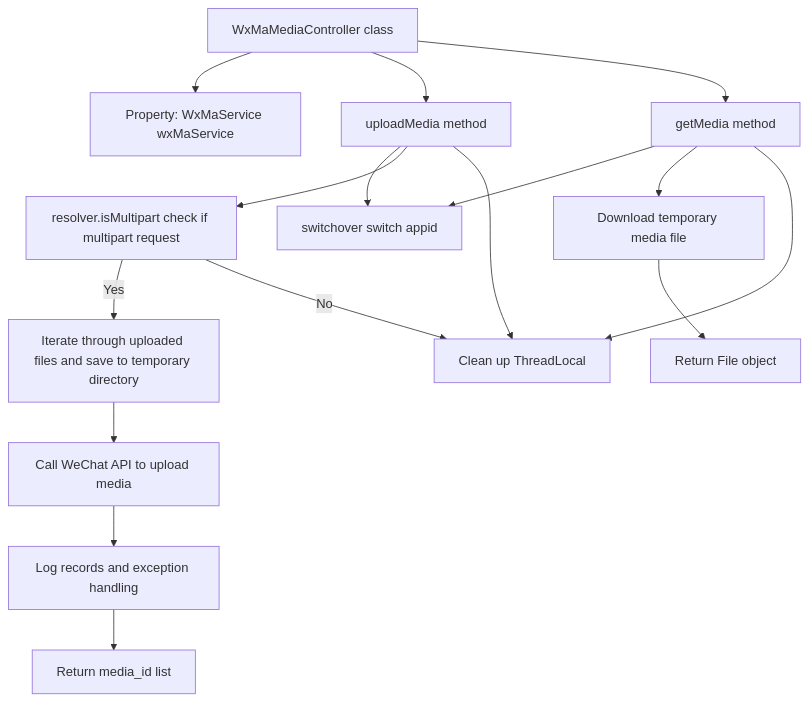
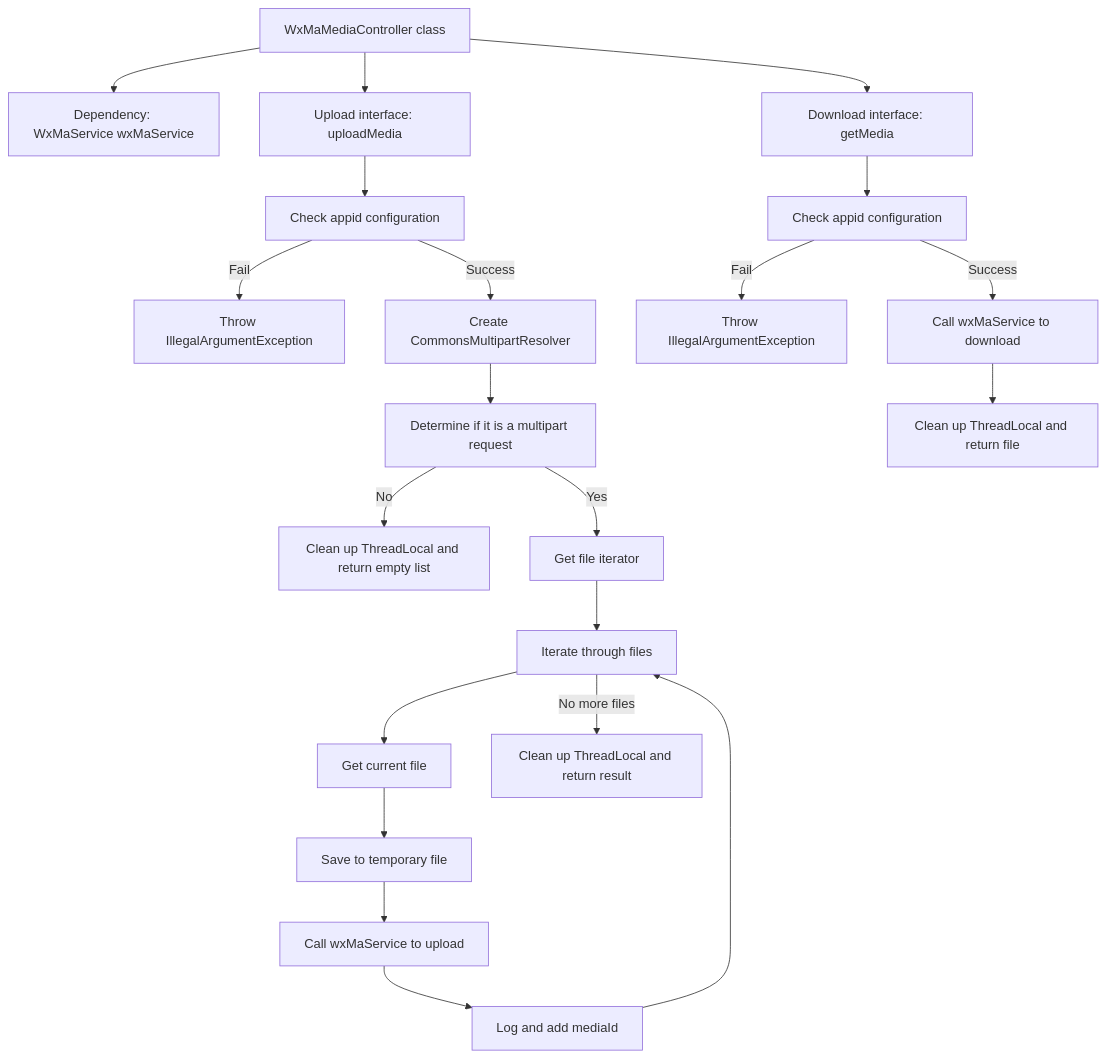
The second of 2 diagrams in docs/en/docs/src/main/java/com/github/binarywang/demo/wx/miniapp/controller/WxMaMediaController.md (v-wjrong/binary_weixin-java-miniapp-demo), drawn with Mermaid before and after one commit. The commit also changed other lines of this file and 47 other files, not shown here.

````diff
--- a/docs/en/docs/src/main/java/com/github/binarywang/demo/wx/miniapp/controller/WxMaMediaController.md
+++ b/docs/en/docs/src/main/java/com/github/binarywang/demo/wx/miniapp/controller/WxMaMediaController.md
@@ -120,32 +124,30 @@
 ```mermaid
 graph TD
     A["WxMaMediaController class"]
-    B["Property: WxMaService wxMaService"]
-    C["uploadMedia method"]
-    D["getMedia method"]
-    E["switchover switch appid"]
-    F["resolver.isMultipart check if multipart request"]
-    G["Iterate through uploaded files and save to temporary directory"]
-    H["Call WeChat API to upload media"]
-    I["Log records and exception handling"]
-    J["Return media_id list"]
-    K["Download temporary media file"]
-    L["Return File object"]
-    M["Clean up ThreadLocal"]
-
+    B["Dependency: WxMaService wxMaService"]
+    C["Upload interface: uploadMedia"]
+    D["Download interface: getMedia"]
+    
     A --> B
     A --> C
     A --> D
-    C --> E
-    C --> F
-    F -- Yes --> G
-    G --> H
-    H --> I
-    I --> J
-    F -- No --> M
-    C --> M
-    D --> E
-    D --> K
-    K --> L
-    D --> M
+    
+    C --> C1["Check appid configuration"]
+    C1 --"Fail"--> C1_1["Throw IllegalArgumentException"]
+    C1 --"Success"--> C2["Create CommonsMultipartResolver"]
+    C2 --> C3["Determine if it is a multipart request"]
+    C3 --"No"--> C3_1["Clean up ThreadLocal and return empty list"]
+    C3 --"Yes"--> C4["Get file iterator"]
+    C4 --> C5["Iterate through files"]
+    C5 --> C6["Get current file"]
+    C6 --> C7["Save to temporary file"]
+    C7 --> C8["Call wxMaService to upload"]
+    C8 --> C9["Log and add mediaId"]
+    C9 --> C5
+    C5 --"No more files"--> C10["Clean up ThreadLocal and return result"]
+
+    D --> D1["Check appid configuration"]
+    D1 --"Fail"--> D1_1["Throw IllegalArgumentException"]
+    D1 --"Success"--> D2["Call wxMaService to download"]
+    D2 --> D3["Clean up ThreadLocal and return file"]
 ```
````
